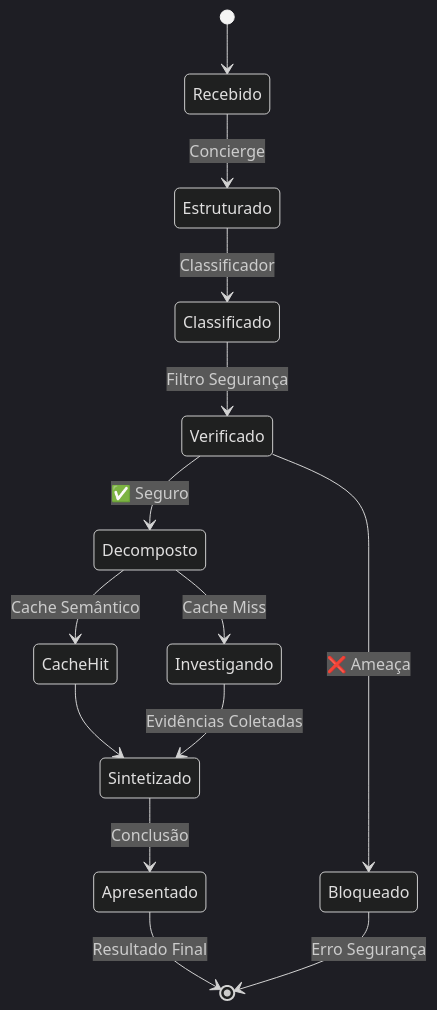
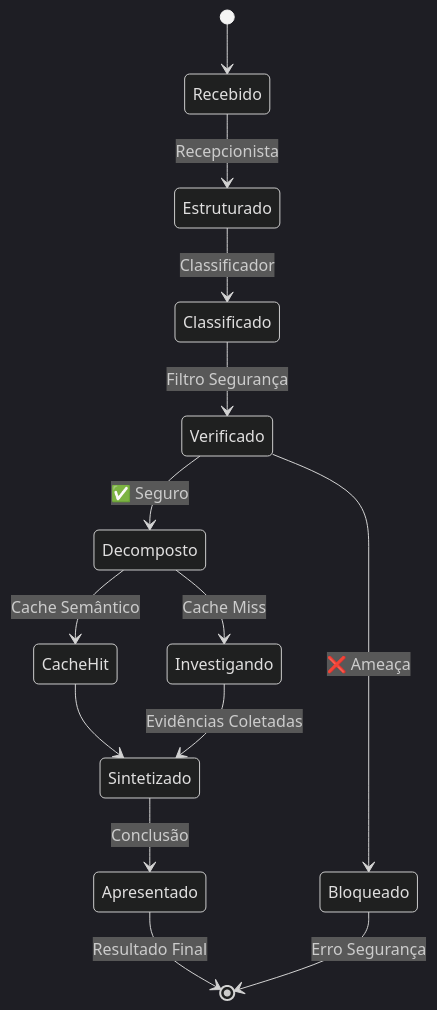
One commit to renatobarrosai/investiga.ai-backend changed the eighth of 12 diagrams in docs/arquitetura_sistema.md. Above: the diagram before and after it, drawn with Mermaid (dark theme). The commit also changed other lines of this file and 4 other files, not shown here.

Commit message:
refactor: substitui Concierge por Recepcionista

````diff
--- a/docs/arquitetura_sistema.md
+++ b/docs/arquitetura_sistema.md
@@ -290,16 +290,16 @@
 ```mermaid
 stateDiagram-v2
     [*] --> Recebido
-    Recebido --> Estruturado: Concierge
+    Recebido --> Estruturado: Recepcionista
     Estruturado --> Classificado: Classificador
     Classificado --> Verificado: Filtro Segurança
     Verificado --> Bloqueado: ❌ Ameaça
     Verificado --> Decomposto: ✅ Seguro
     Decomposto --> CacheHit: Cache Semântico
     Decomposto --> Investigando: Cache Miss
     CacheHit --> Sintetizado
     Investigando --> Sintetizado: Evidências Coletadas
     Sintetizado --> Apresentado: Conclusão
     Apresentado --> [*]: Resultado Final
     Bloqueado --> [*]: Erro Segurança
 ```
````
